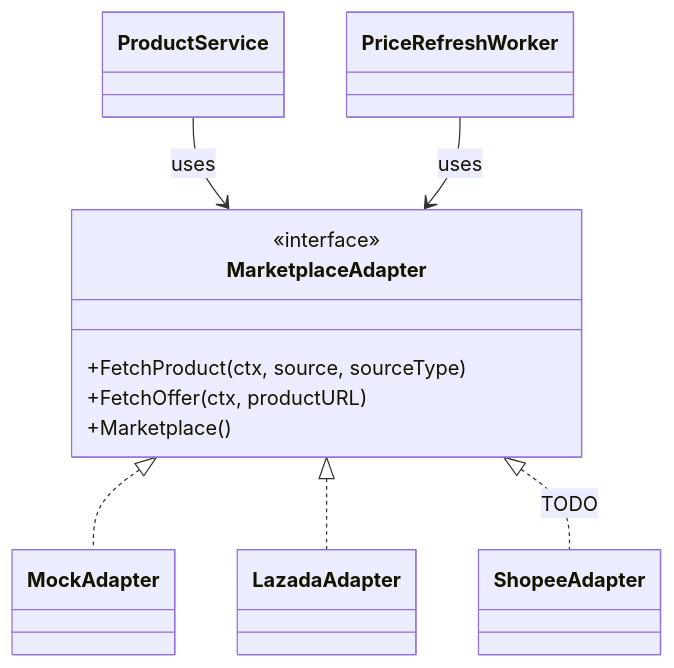
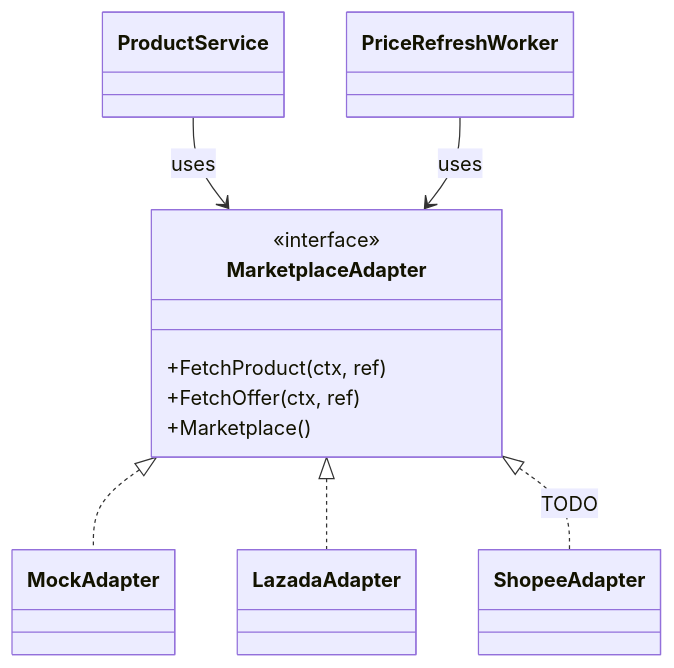
One commit to golfz/affiliate-platform changed the second of 2 diagrams in README.md. Above: the diagram before and after it, drawn with Mermaid. The commit also changed other lines of this file, not shown here.

````diff
--- a/README.md
+++ b/README.md
@@ -74,26 +74,26 @@
 ```mermaid
 classDiagram
   direction TB
 
   class ProductService
   class PriceRefreshWorker
   class MarketplaceAdapter {
     <<interface>>
-    +FetchProduct(ctx, source, sourceType)
-    +FetchOffer(ctx, productURL)
+    +FetchProduct(ctx, ref)
+    +FetchOffer(ctx, ref)
     +Marketplace()
   }
 
   class MockAdapter
   class LazadaAdapter
   class ShopeeAdapter
 
   %% "uses" dependencies
   ProductService --> MarketplaceAdapter : uses
   PriceRefreshWorker --> MarketplaceAdapter : uses
 
   %% "implements" relationships
   MarketplaceAdapter <|.. MockAdapter
   MarketplaceAdapter <|.. LazadaAdapter
   MarketplaceAdapter <|.. ShopeeAdapter : TODO
 ```
````
